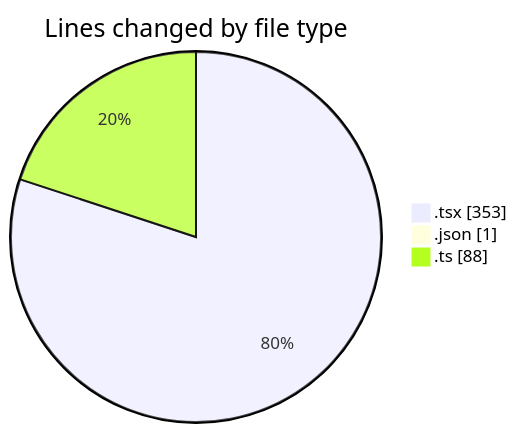
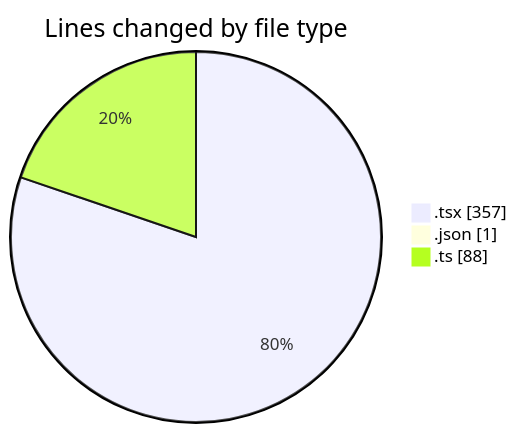
The first of 2 diagrams in 2025-01-21/mbc-web/README.md (robertbonfada/code-tracking), drawn with Mermaid before and after one commit. The commit also changed other lines of this file and 1 other file, not shown here.

````diff
--- a/2025-01-21/mbc-web/README.md
+++ b/2025-01-21/mbc-web/README.md
@@ -32,7 +32,7 @@
 ```mermaid
 pie showData
 title Lines changed by file type
-".tsx" : 353
+".tsx" : 357
 ".json" : 1
 ".ts" : 88
 ```
````
